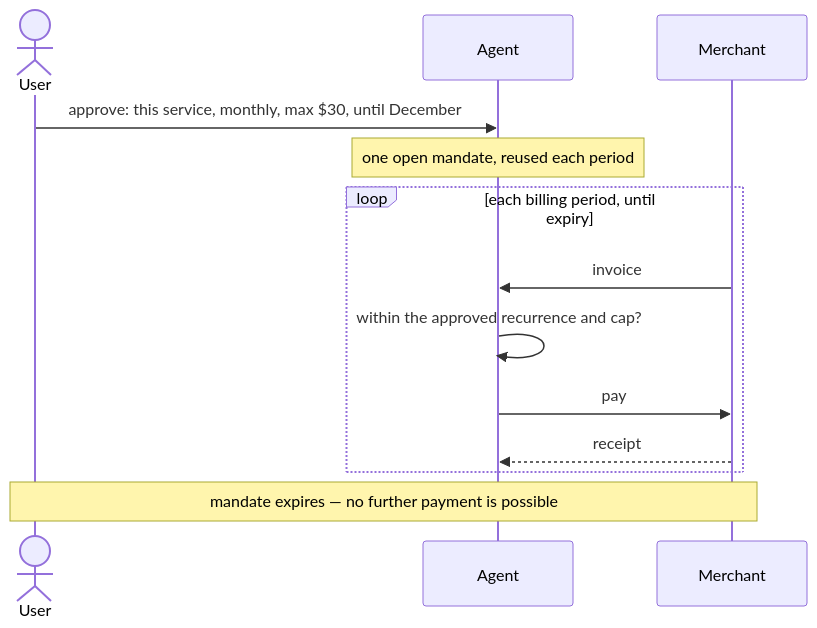
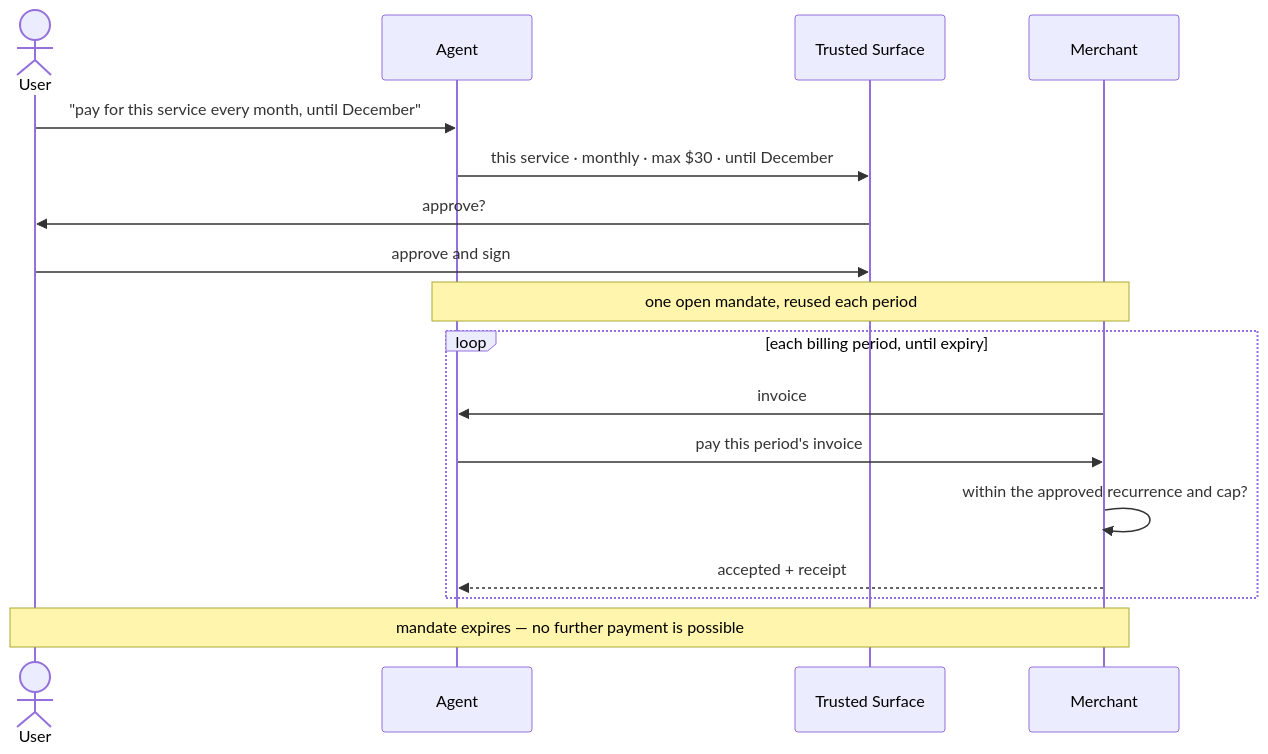
Before and after one commit to SkylinePlatform/agentic-payments: the third of 4 diagrams in docs/business/use-cases.md, drawn with Mermaid. The commit also changed other lines of this file and 7 other files, not shown here.

````diff
--- a/docs/business/use-cases.md
+++ b/docs/business/use-cases.md
@@ -107,15 +110,19 @@
 ```mermaid
 sequenceDiagram
     actor U as User
     participant A as Agent
+    participant S as Trusted Surface
     participant M as Merchant
-    U->>A: approve: this service, monthly, max $30, until December
-    Note over A: one open mandate, reused each period
+    U->>A: "pay for this service every month, until December"
+    A->>S: this service · monthly · max $30 · until December
+    S->>U: approve?
+    U->>S: approve and sign
+    Note over A,M: one open mandate, reused each period
     loop each billing period, until expiry
         M->>A: invoice
-        A->>A: within the approved recurrence and cap?
-        A->>M: pay
-        M-->>A: receipt
+        A->>M: pay this period's invoice
+        M->>M: within the approved recurrence and cap?
+        M-->>A: accepted + receipt
     end
     Note over U,M: mandate expires — no further payment is possible
 ```
````
